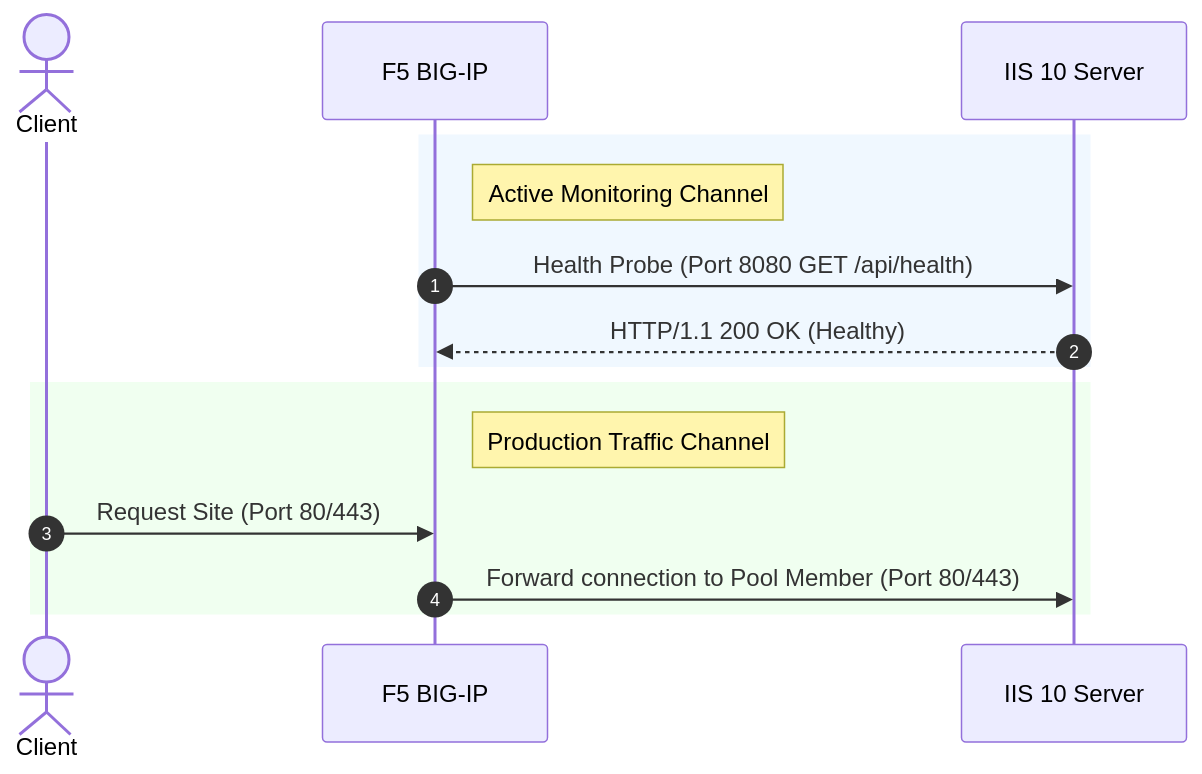
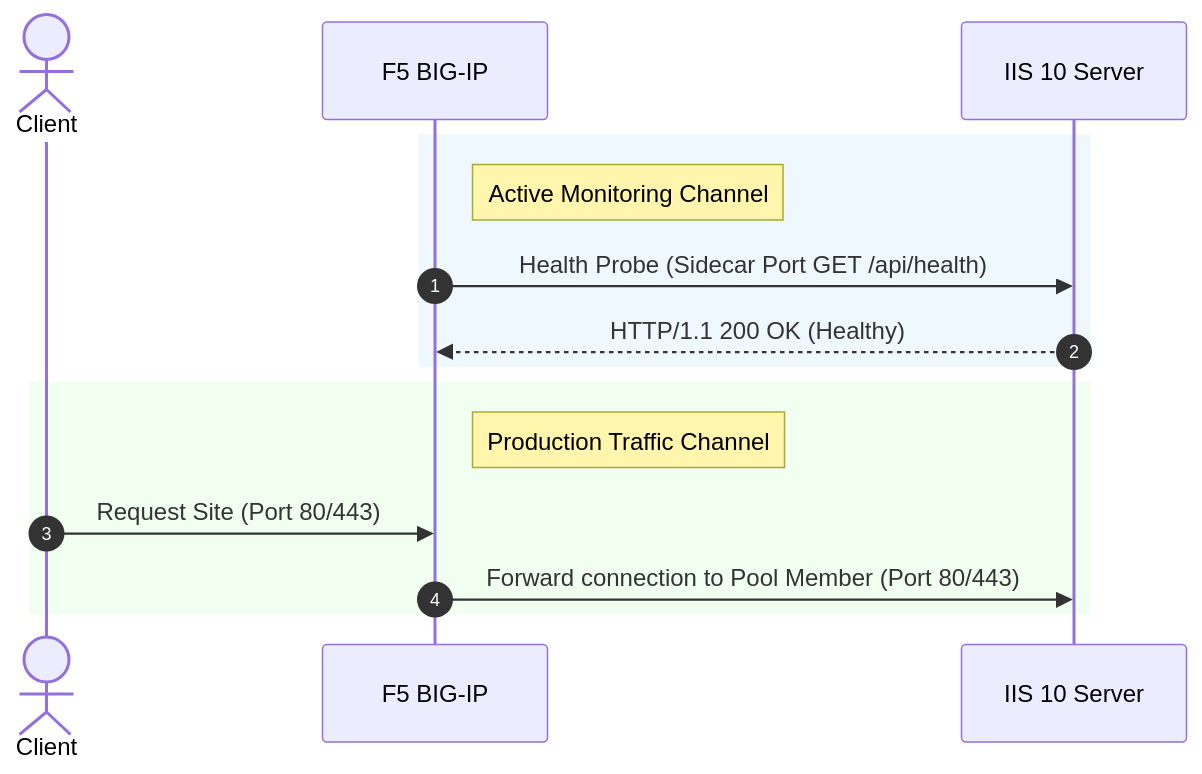
The second of 2 diagrams in readme.md (f5devcentral/IIS10-Health-Check), drawn with Mermaid before and after one commit. The commit also changed other lines of this file, not shown here.

Commit message:
docs: clarify port flexibility and custom port usage in README

````diff
--- a/readme.md
+++ b/readme.md
@@ -210,19 +213,19 @@
 ```mermaid
 sequenceDiagram
     autonumber
     actor Client
     participant F5 as F5 BIG-IP
     participant IIS as IIS 10 Server
     
     rect rgb(240, 248, 255)
     note right of F5: Active Monitoring Channel
-    F5->>IIS: Health Probe (Port 8080 GET /api/health)
+    F5->>IIS: Health Probe (Sidecar Port GET /api/health)
     IIS-->>F5: HTTP/1.1 200 OK (Healthy)
     end
 
     rect rgb(240, 255, 240)
     note right of F5: Production Traffic Channel
     Client->>F5: Request Site (Port 80/443)
     F5->>IIS: Forward connection to Pool Member (Port 80/443)
     end
 ```
````
